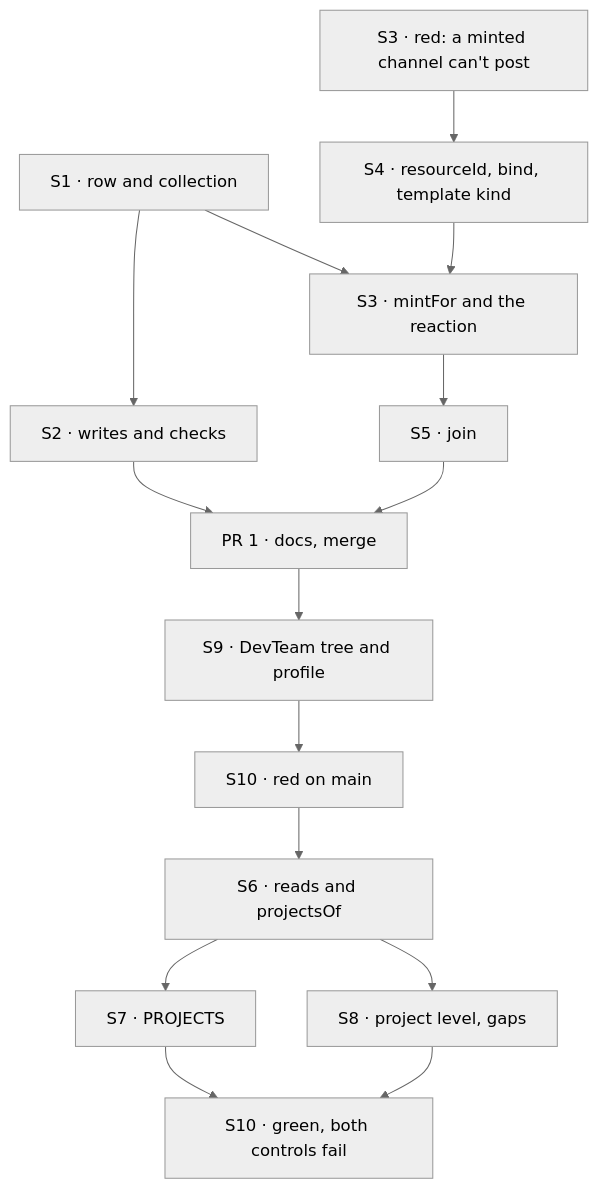
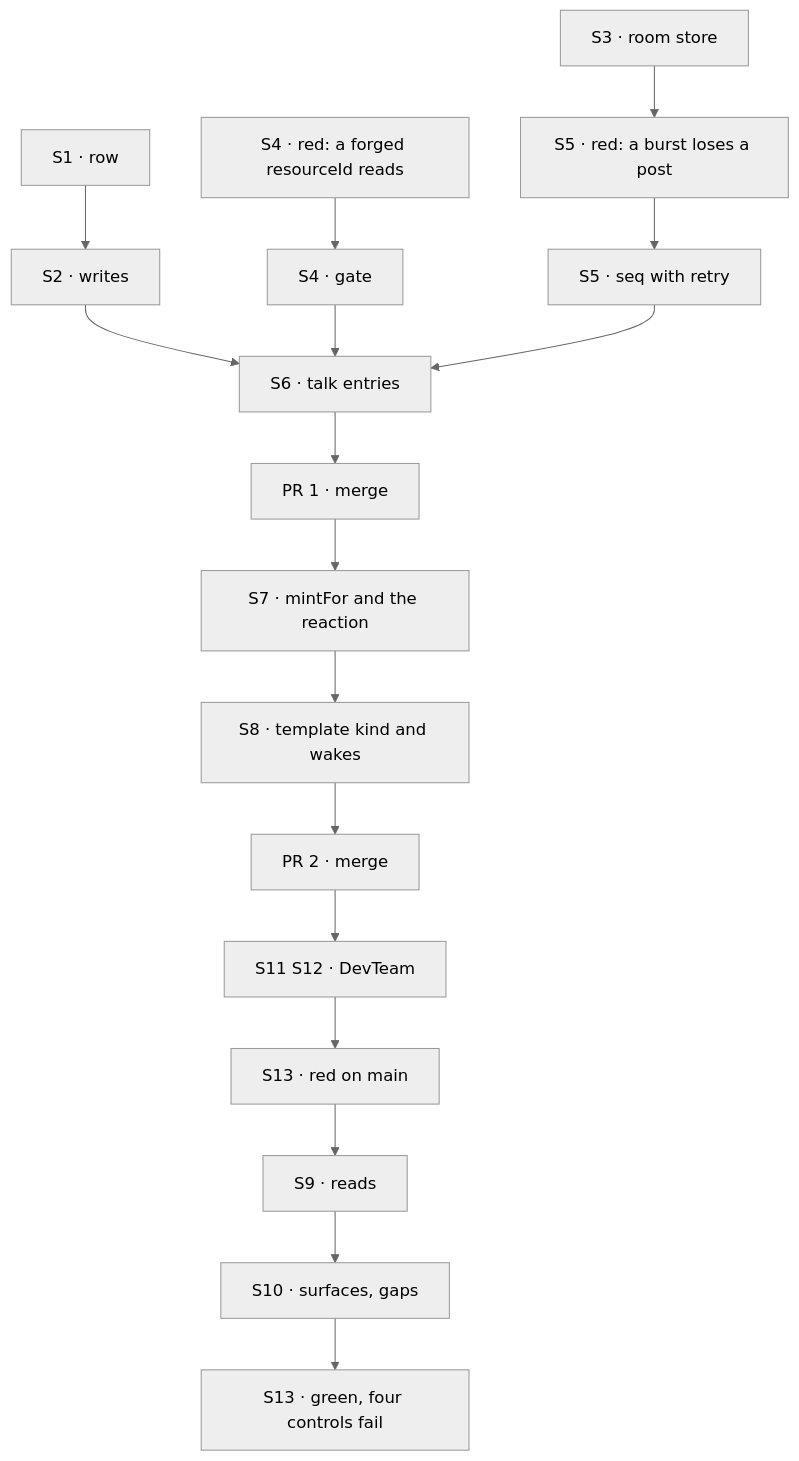
Before and after one commit to fixpoint-labs/flow-state-dev: the diagram in specs/issues/FIX-1718/PLAN.md, drawn with Mermaid (neutral theme). The commit also changed other lines of this file and 7 other files, not shown here.

First line of the commit message:
spec(FIX-1718): fold FIX-1729's shared project room

````diff
--- a/specs/issues/FIX-1718/PLAN.md
+++ b/specs/issues/FIX-1718/PLAN.md
@@ -43,17 +51,19 @@
 ```mermaid
 flowchart TD
-  S1["S1 · row and collection"] --> S2["S2 · writes and checks"]
-  S3r["S3 · red: a minted channel can't post"] --> S4["S4 · resourceId, bind, template kind"]
-  S1 --> S3["S3 · mintFor and the reaction"]
-  S4 --> S3
-  S3 --> S5["S5 · join"]
-  S2 --> P1["PR 1 · docs, merge"]
-  S5 --> P1
-  P1 --> S9["S9 · DevTeam tree and profile"]
-  S9 --> S10r["S10 · red on main"]
-  S10r --> S6["S6 · reads and projectsOf"]
-  S6 --> S7["S7 · PROJECTS"]
-  S6 --> S8["S8 · project level, gaps"]
-  S7 --> S10["S10 · green, both controls fail"]
-  S8 --> S10
+  S1["S1 · row"] --> S2["S2 · writes"]
+  S3["S3 · room store"] --> S5r["S5 · red: a burst loses a post"]
+  S5r --> S5["S5 · seq with retry"]
+  S4r["S4 · red: a forged resourceId reads"] --> S4["S4 · gate"]
+  S2 --> S6["S6 · talk entries"]
+  S4 --> S6
+  S5 --> S6
+  S6 --> P1["PR 1 · merge"]
+  P1 --> S7["S7 · mintFor and the reaction"]
+  S7 --> S8["S8 · template kind and wakes"]
+  S8 --> P2["PR 2 · merge"]
+  P2 --> S11["S11 S12 · DevTeam"]
+  S11 --> S13r["S13 · red on main"]
+  S13r --> S9["S9 · reads"]
+  S9 --> S10["S10 · surfaces, gaps"]
+  S10 --> S13["S13 · green, four controls fail"]
 ```
````
